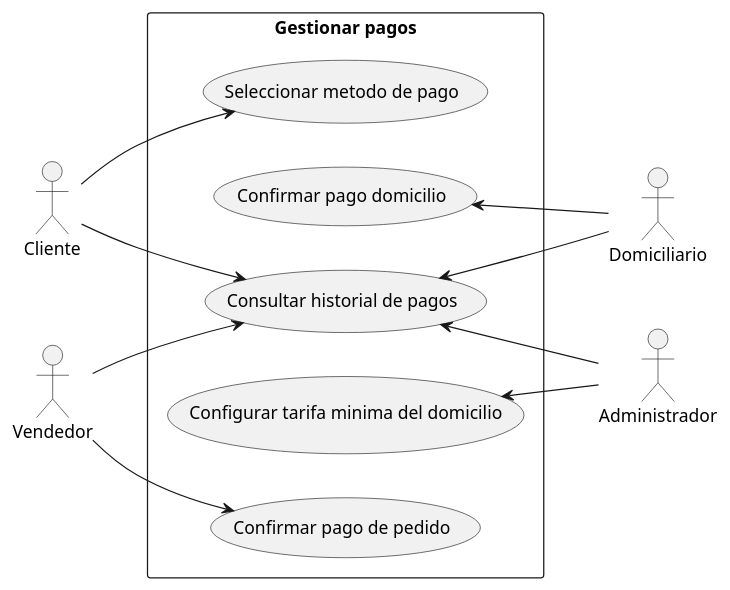
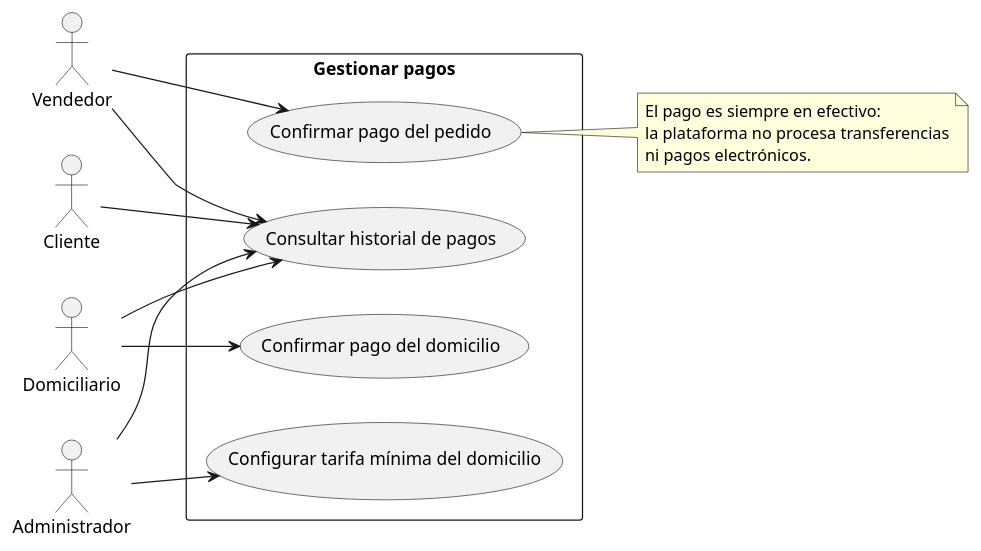
One commit to RAAR-18/napa changed the diagram in casos de uso/gestionar_pagos.puml. Above: the diagram before and after it, drawn with PlantUML. The commit also changed 130 other files, not shown here.

```diff
--- a/casos de uso/gestionar_pagos.puml
+++ b/casos de uso/gestionar_pagos.puml
@@ -1,29 +1,32 @@
 @startuml
 
 left to right direction
 
 actor "Cliente" as c
 actor "Vendedor" as v
 actor "Domiciliario" as d
 actor "Administrador" as adm
 
 rectangle "Gestionar pagos" {
-  usecase "Seleccionar metodo de pago" as UC1
-  usecase "Confirmar pago de pedido" as UC2
-  usecase "Confirmar pago domicilio" as UC3
-  usecase "Configurar tarifa minima del domicilio" as UC4
-  usecase "Consultar historial de pagos" as UC5
+  usecase "Confirmar pago del pedido" as UC1
+  usecase "Confirmar pago del domicilio" as UC2
+  usecase "Configurar tarifa mínima del domicilio" as UC3
+  usecase "Consultar historial de pagos" as UC4
 }
 
-c --> UC1
-c --> UC5
+v --> UC1
+d --> UC2
+adm --> UC3
 
-UC5 <-- adm
-UC4 <-- adm
+c --> UC4
+v --> UC4
+d --> UC4
+adm --> UC4
 
-v --> UC2
-v --> UC5
+note right of UC1
+  El pago es siempre en efectivo:
+  la plataforma no procesa transferencias
+  ni pagos electrónicos.
+end note
 
-UC3 <-- d
-UC5 <-- d
 @enduml
```
